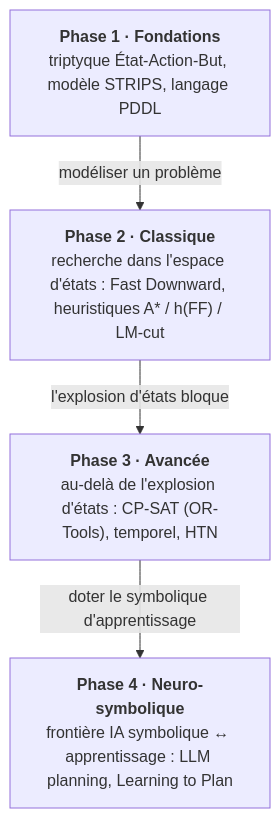
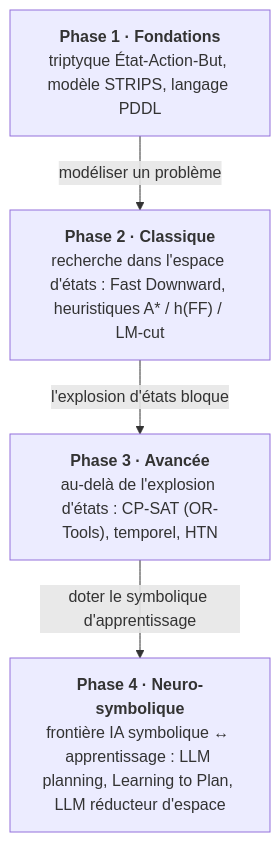
One commit to jsboige/CoursIA changed the diagram in MyIA.AI.Notebooks/SymbolicAI/Planners/README.md. Above: the diagram before and after it, drawn with Mermaid. The commit also changed other lines of this file and 3 other files, not shown here.

````diff
--- a/MyIA.AI.Notebooks/SymbolicAI/Planners/README.md
+++ b/MyIA.AI.Notebooks/SymbolicAI/Planners/README.md
@@ -33,10 +33,10 @@
 ```mermaid
 flowchart TD
     P1["<b>Phase 1 · Fondations</b><br/>triptyque État-Action-But, modèle STRIPS, langage PDDL"]
     P2["<b>Phase 2 · Classique</b><br/>recherche dans l'espace d'états : Fast Downward, heuristiques A* / h(FF) / LM-cut"]
     P3["<b>Phase 3 · Avancée</b><br/>au-delà de l'explosion d'états : CP-SAT (OR-Tools), temporel, HTN"]
-    P4["<b>Phase 4 · Neuro-symbolique</b><br/>frontière IA symbolique ↔ apprentissage : LLM planning, Learning to Plan"]
+    P4["<b>Phase 4 · Neuro-symbolique</b><br/>frontière IA symbolique ↔ apprentissage : LLM planning, Learning to Plan, LLM réducteur d'espace"]
     P1 -->|"modéliser un problème"| P2
     P2 -->|"l'explosion d'états bloque"| P3
     P3 -->|"doter le symbolique d'apprentissage"| P4
 ```
````
